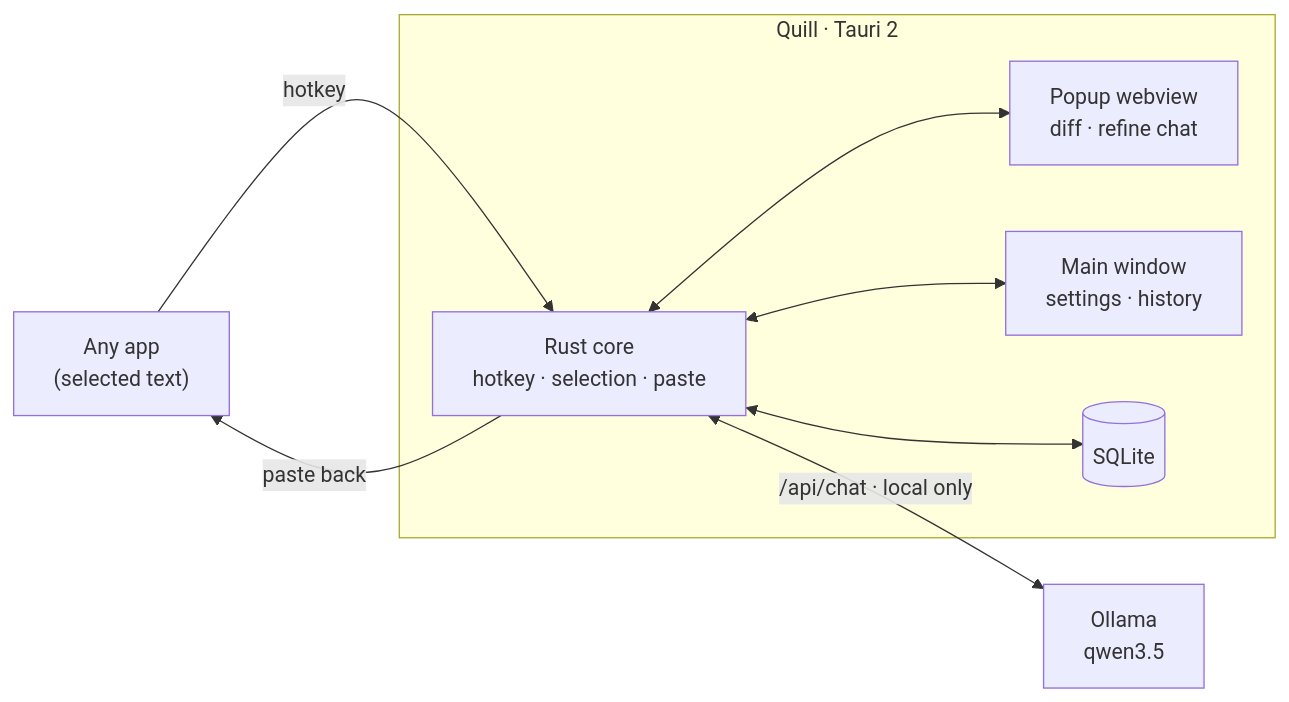
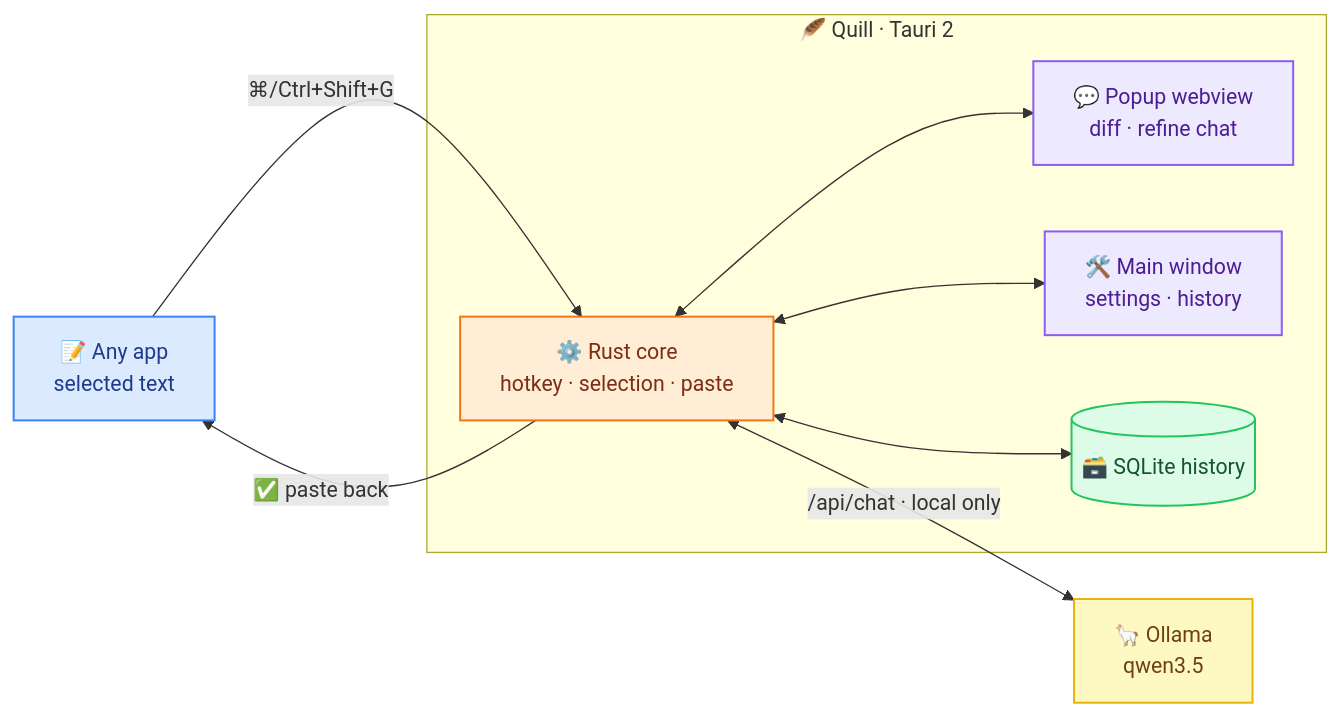
The diagram in README.md (rithwik-01/quill), drawn with Mermaid before and after one commit. The commit also changed other lines of this file, not shown here.

Commit message:
docs(readme): colorful architecture diagram and badge-based stack
Node classes give each component a distinct pastel fill (Rust core
orange, webviews violet, SQLite green, Ollama gold), emoji icons for
scannability, and the Stack section becomes shields.io badges.

````diff
--- a/README.md
+++ b/README.md
@@ -22,15 +22,27 @@
 ```mermaid
 flowchart LR
-  A["Any app<br/>(selected text)"] -->|hotkey| R
-  subgraph Q["Quill · Tauri 2"]
-    R["Rust core<br/>hotkey · selection · paste"]
-    P["Popup webview<br/>diff · refine chat"]
-    M["Main window<br/>settings · history"]
-    DB[("SQLite")]
+  A["📝 Any app<br/>selected text"] -->|"⌘/Ctrl+Shift+G"| R
+  subgraph Q["🪶 Quill · Tauri 2"]
+    R["⚙️ Rust core<br/>hotkey · selection · paste"]
+    P["💬 Popup webview<br/>diff · refine chat"]
+    M["🛠️ Main window<br/>settings · history"]
+    DB[("🗃️ SQLite history")]
   end
-  R <-->|"/api/chat · local only"| O["Ollama<br/>qwen3.5"]
+  R <-->|"/api/chat · local only"| O["🦙 Ollama<br/>qwen3.5"]
   R <--> P
   R <--> M
   R <--> DB
-  R -->|paste back| A
+  R -->|"✅ paste back"| A
+
+  classDef app  fill:#dbeafe,stroke:#3b82f6,stroke-width:1.5px,color:#1e3a8a
+  classDef core fill:#ffedd5,stroke:#f97316,stroke-width:1.5px,color:#7c2d12
+  classDef ui   fill:#ede9fe,stroke:#8b5cf6,stroke-width:1.5px,color:#4c1d95
+  classDef db   fill:#dcfce7,stroke:#22c55e,stroke-width:1.5px,color:#14532d
+  classDef ai   fill:#fef9c3,stroke:#eab308,stroke-width:1.5px,color:#713f12
+
+  class A app
+  class R core
+  class P,M ui
+  class DB db
+  class O ai
 ```
````
